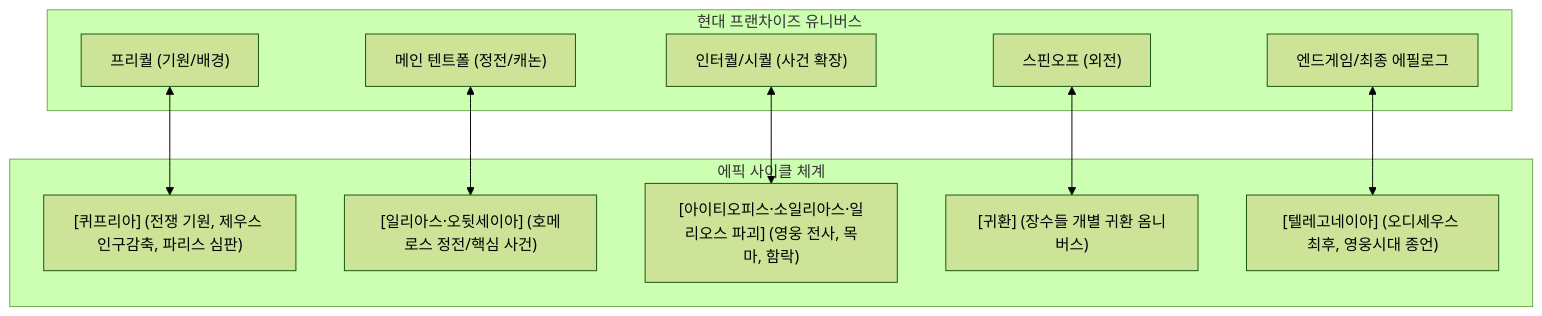
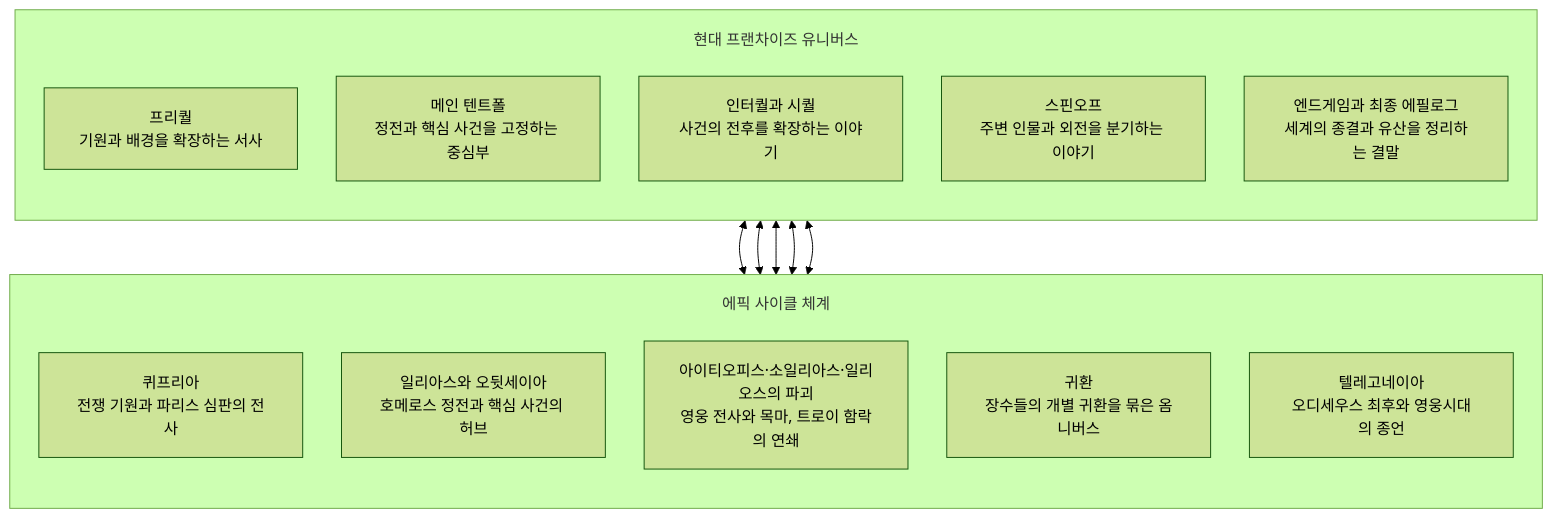
One commit to YgHnSIM/Homer_wiki changed the second of 2 diagrams in wiki/concepts/concept-epic-cycle.md. Above: the diagram before and after it, drawn with Mermaid (forest theme). The commit also changed other lines of this file and 9 other files, not shown here.

Commit message:
refactor(concepts): concept Mermaid 신규격 일괄 적용

````diff
--- a/wiki/concepts/concept-epic-cycle.md
+++ b/wiki/concepts/concept-epic-cycle.md
@@ -358,24 +361,27 @@
 ```mermaid
+%%{init: {'flowchart': {'useMaxWidth': true, 'nodeSpacing': 40, 'rankSpacing': 56, 'padding': 18, 'subGraphTitleMargin': {'top': 18, 'bottom': 10}}}}%%
 flowchart TD
     subgraph Modern["현대 프랜차이즈 유니버스"]
-        M_P["프리퀄 (기원/배경)"]
-        M_C["메인 텐트폴 (정전/캐논)"]
-        M_I["인터퀄/시퀄 (사건 확장)"]
-        M_S["스핀오프 (외전)"]
-        M_E["엔드게임/최종 에필로그"]
+        direction TB
+        M_P["프리퀄<br/>기원과 배경을 확장하는 서사"]
+        M_C["메인 텐트폴<br/>정전과 핵심 사건을 고정하는 중심부"]
+        M_I["인터퀄과 시퀄<br/>사건의 전후를 확장하는 이야기"]
+        M_S["스핀오프<br/>주변 인물과 외전을 분기하는 이야기"]
+        M_E["엔드게임과 최종 에필로그<br/>세계의 종결과 유산을 정리하는 결말"]
     end
 
     subgraph Ancient["에픽 사이클 체계"]
-        A_P["[퀴프리아] (전쟁 기원, 제우스 인구감축, 파리스 심판)"]
-        A_C["[일리아스·오뒷세이아] (호메로스 정전/핵심 사건)"]
-        A_I["[아이티오피스·소일리아스·일리오스 파괴] (영웅 전사, 목마, 함락)"]
-        A_S["[귀환] (장수들 개별 귀환 옴니버스)"]
-        A_E["[텔레고네이아] (오디세우스 최후, 영웅시대 종언)"]
+        direction TB
+        A_P["퀴프리아<br/>전쟁 기원과 파리스 심판의 전사"]
+        A_C["일리아스와 오뒷세이아<br/>호메로스 정전과 핵심 사건의 허브"]:::focus
+        A_I["아이티오피스·소일리아스·일리오스의 파괴<br/>영웅 전사와 목마, 트로이 함락의 연쇄"]
+        A_S["귀환<br/>장수들의 개별 귀환을 묶은 옴니버스"]
+        A_E["텔레고네이아<br/>오디세우스 최후와 영웅시대의 종언"]:::resolve
     end
 
     M_P <--> A_P
     M_C <--> A_C
     M_I <--> A_I
     M_S <--> A_S
     M_E <--> A_E
 ```
````
